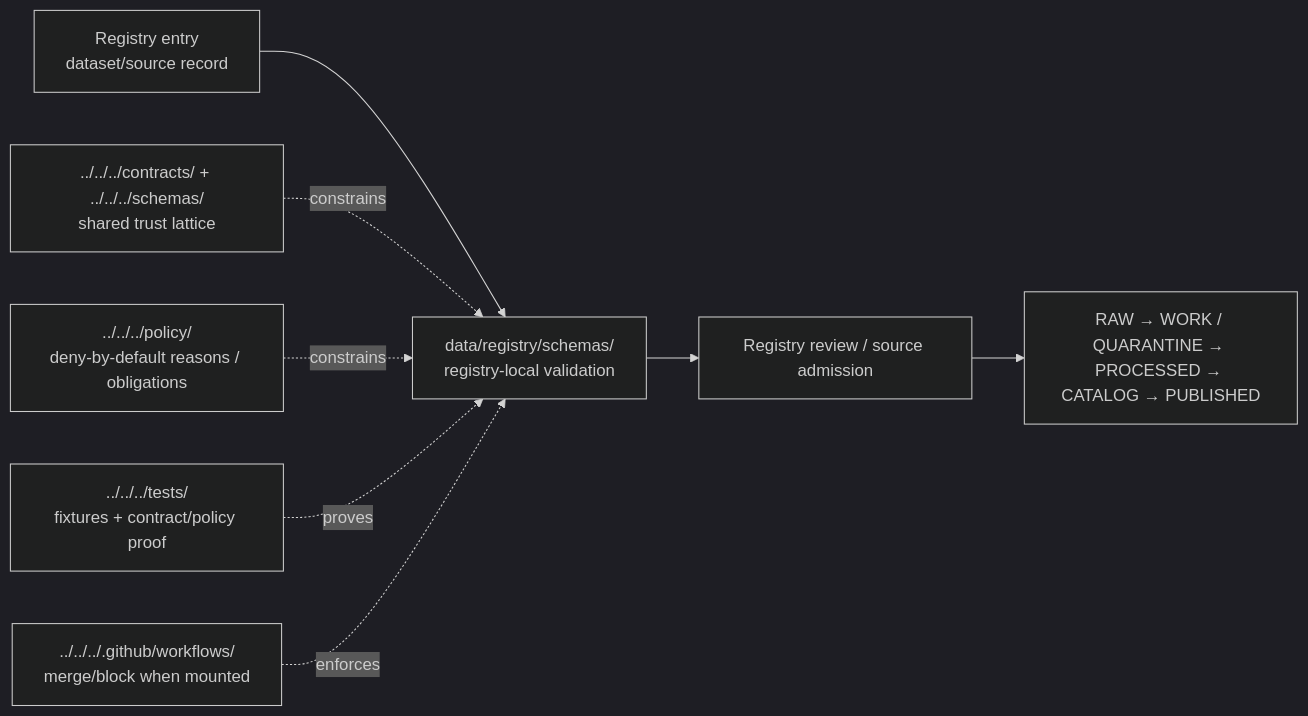
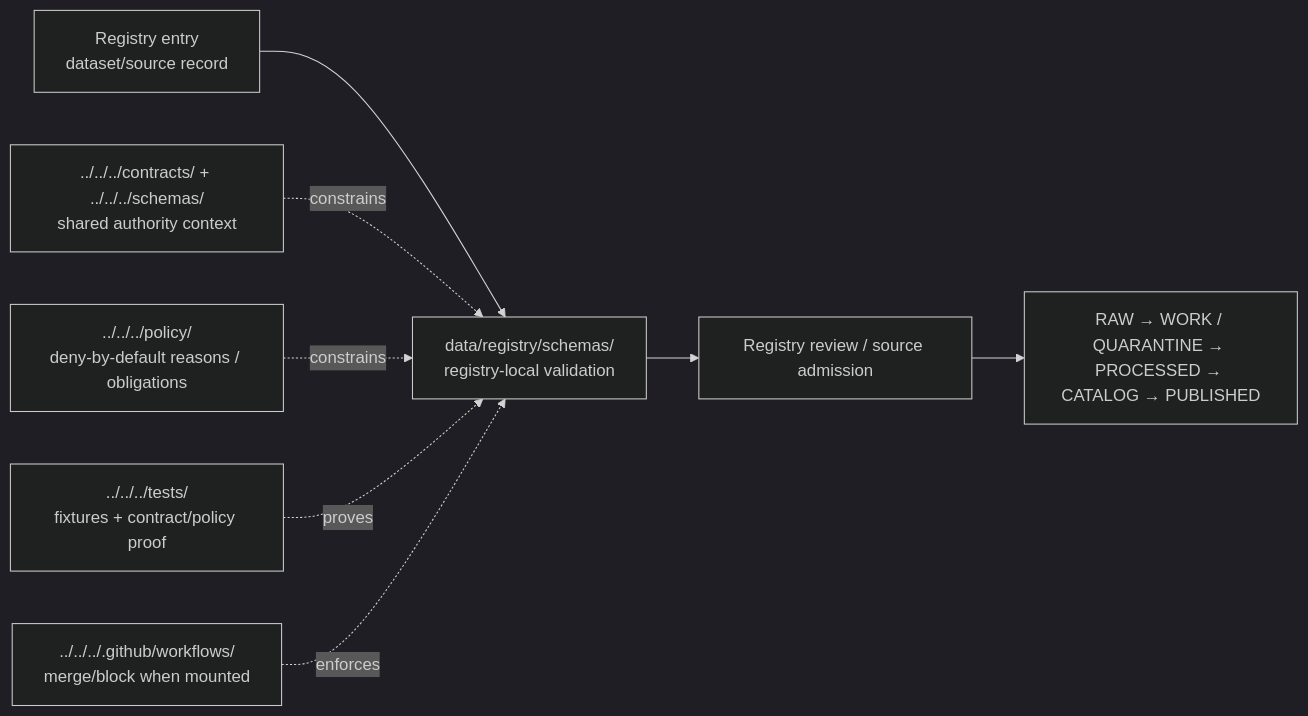
The diagram in data/registry/schemas/README.md (bartytime4life/Kansas-Frontier-Matrix), drawn with Mermaid (dark theme) before and after one commit. The commit also changed other lines of this file, not shown here.

````diff
--- a/data/registry/schemas/README.md
+++ b/data/registry/schemas/README.md
@@ -214,10 +239,10 @@
 ```mermaid
 flowchart LR
     Entry["Registry entry<br/>dataset/source record"] --> Local["data/registry/schemas/<br/>registry-local validation"]
-    Shared["../../../contracts/ + ../../../schemas/<br/>shared trust lattice"] -. constrains .-> Local
+    Shared["../../../contracts/ + ../../../schemas/<br/>shared authority context"] -. constrains .-> Local
     Policy["../../../policy/<br/>deny-by-default reasons / obligations"] -. constrains .-> Local
     Tests["../../../tests/<br/>fixtures + contract/policy proof"] -. proves .-> Local
     Workflows["../../../.github/workflows/<br/>merge/block when mounted"] -. enforces .-> Local
     Local --> Review["Registry review / source admission"]
     Review --> Flow["RAW → WORK / QUARANTINE → PROCESSED → CATALOG → PUBLISHED"]
 ```
````
